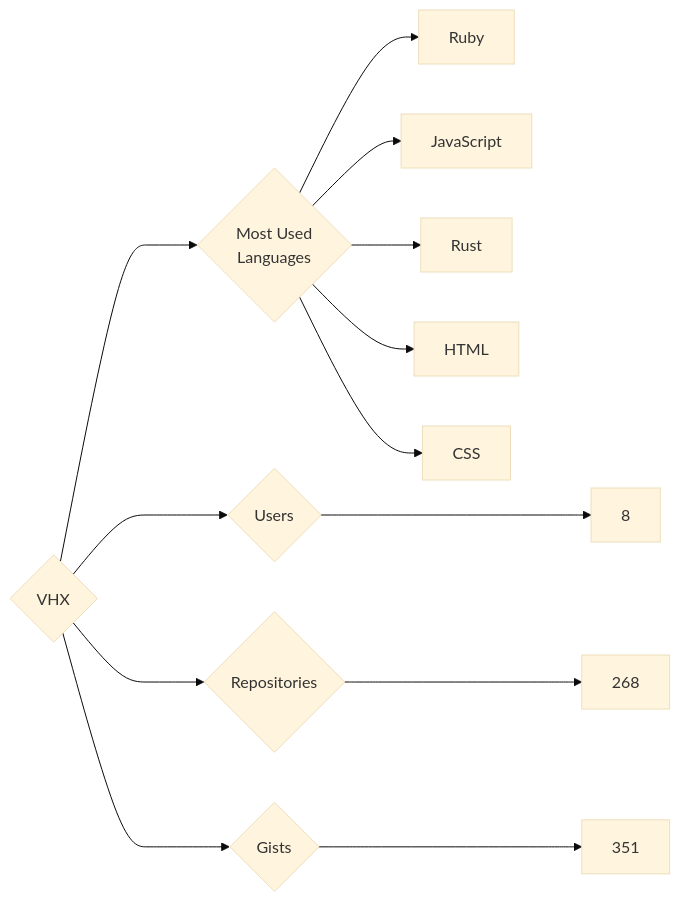
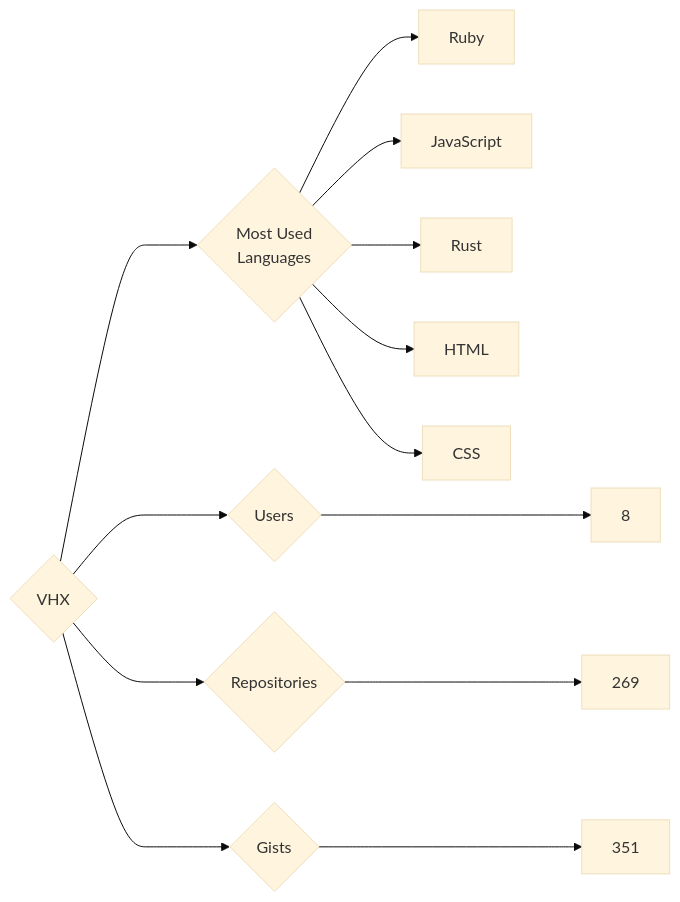
One commit to trickest/insiders changed the diagram in targets/VHX/README.md. Above: the diagram before and after it, drawn with Mermaid (base theme). The commit also changed 903 other files, not shown here.

````diff
--- a/targets/VHX/README.md
+++ b/targets/VHX/README.md
@@ -3,13 +3,13 @@
 ```mermaid
 graph LR
 COMPANY_NAME{VHX}
 COMPANY_NAME ---> U{Users} ---> UN[8]
-COMPANY_NAME ---> R{Repositories} ---> RN[268]
+COMPANY_NAME ---> R{Repositories} ---> RN[269]
 COMPANY_NAME ---> G{Gists} ---> GN[351]
 COMPANY_NAME ---> ML{Most Used<br>Languages}
 ML --> Ruby[Ruby]
 ML --> JavaScript[JavaScript]
 ML --> Rust[Rust]
 ML --> HTML[HTML]
 ML --> CSS[CSS]
 ```
````
